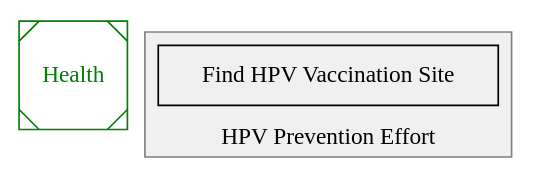
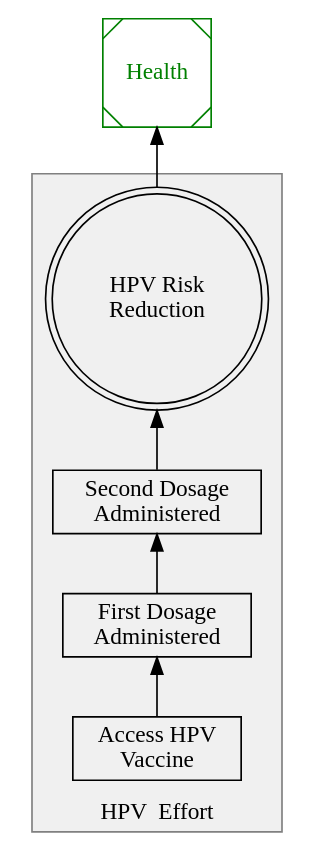
The diagram in Health_P2.dot (igor-mitrovic/Planning), drawn with Graphviz before and after one commit.

Commit message:
add HPV prevention cluster update

```diff
--- a/Health_P2.dot
+++ b/Health_P2.dot
@@ -1,19 +1,23 @@
 digraph Health{
     rankdir=BT //Organise root node in desirable orientation
 
     // Health root node (outside cluster)
     Health [shape=Msquare color=green fontcolor=green];
     Health [root="true"]
 
     subgraph cluster_HPV_Effort{
-        label="HPV Prevention Effort"
+        label="HPV  Effort"
         labeljust="c"
         style="filled"
         color=gray
         fillcolor="#f0f0f0"
 
-        HPVPreventionNode1 [label = "Find HPV Vaccination Site"] [shape=box]
-        
+        HPVStartNode [label = "Access HPV\nVaccine"] [shape=box]
+        HPVNode2 [label = "First Dosage\nAdministered"] [shape=box]
+        HPVNode3 [label = "Second Dosage\nAdministered"] [shape=box]
+        HPVTerminalNode [label="HPV Risk\nReduction"] [shape=doublecircle]
+        HPVStartNode->HPVNode2->HPVNode3->HPVTerminalNode
     }
 
+    HPVTerminalNode ->Health
 }
```
